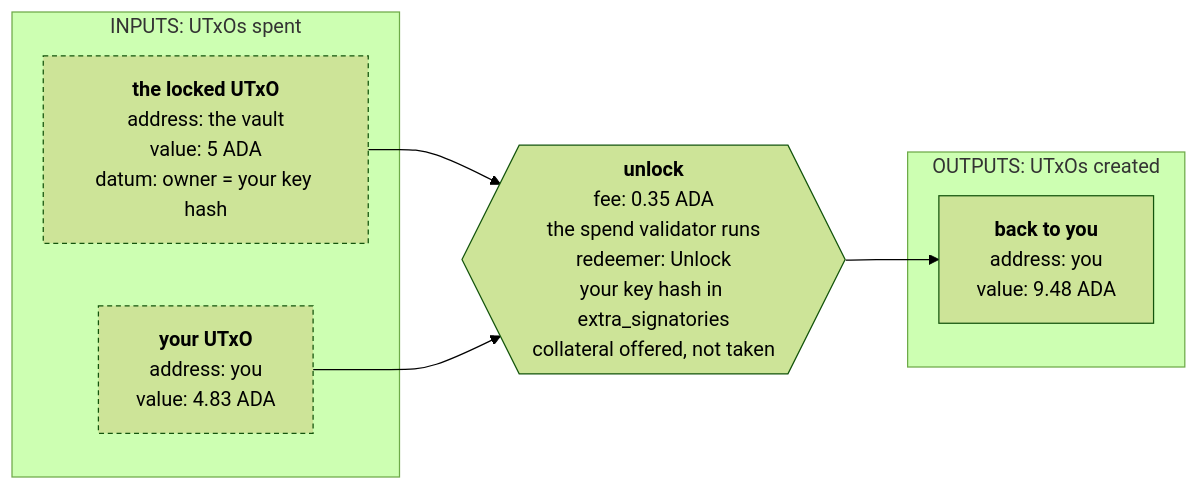
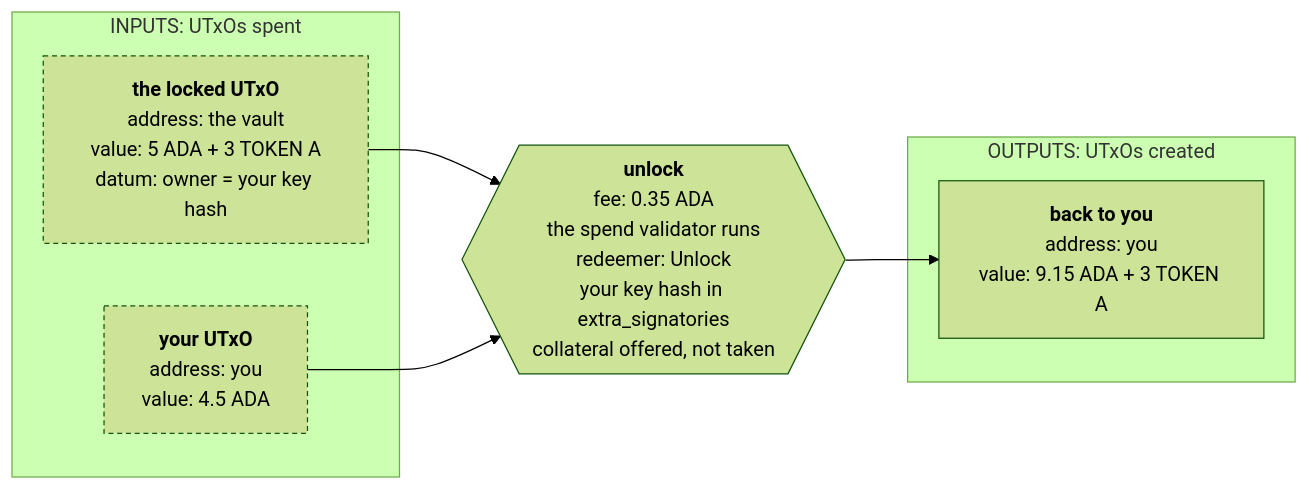
One commit to cardano-foundation/developer-portal changed the fourth of 6 diagrams in docs/developers/onboarding/lectures/intermediate/9-frontend-integration.md. Above: the diagram before and after it, drawn with Mermaid (forest theme). The commit also changed other lines of this file and 8 other files, not shown here.

Commit message:
Add mint and burn flows and move the app into off-chain/

````diff
--- a/docs/developers/onboarding/lectures/intermediate/9-frontend-integration.md
+++ b/docs/developers/onboarding/lectures/intermediate/9-frontend-integration.md
@@ -267,31 +331,31 @@
 ```mermaid
 flowchart LR
     subgraph IN["INPUTS: UTxOs spent"]
         I1["`**the locked UTxO**
         address: the vault
-        value: 5 ADA
+        value: 5 ADA + 3 TOKEN A
         datum: owner = your key hash`"]
         I2["`**your UTxO**
         address: you
-        value: 4.83 ADA`"]
+        value: 4.5 ADA`"]
     end
 
     TX{{"`**unlock**
     fee: 0.35 ADA
     the spend validator runs
     redeemer: Unlock
     your key hash in extra_signatories
     collateral offered, not taken`"}}
 
     subgraph OUT["OUTPUTS: UTxOs created"]
         O["`**back to you**
         address: you
-        value: 9.48 ADA`"]
+        value: 9.15 ADA + 3 TOKEN A`"]
     end
 
     I1 --> TX --> O
     I2 --> TX
 
     style I1 stroke-dasharray:4 3
     style I2 stroke-dasharray:4 3
 ```
````
